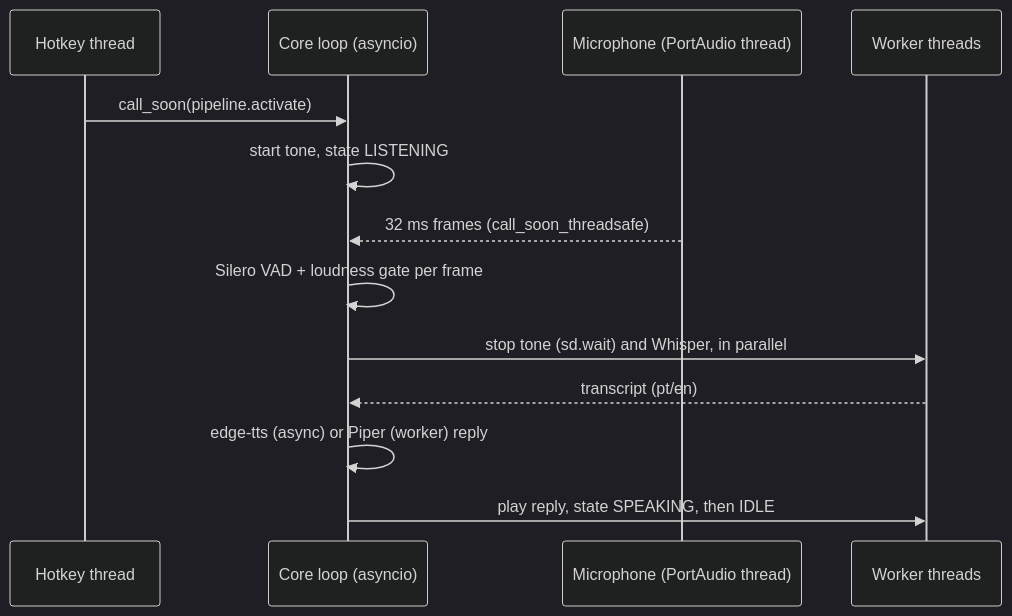
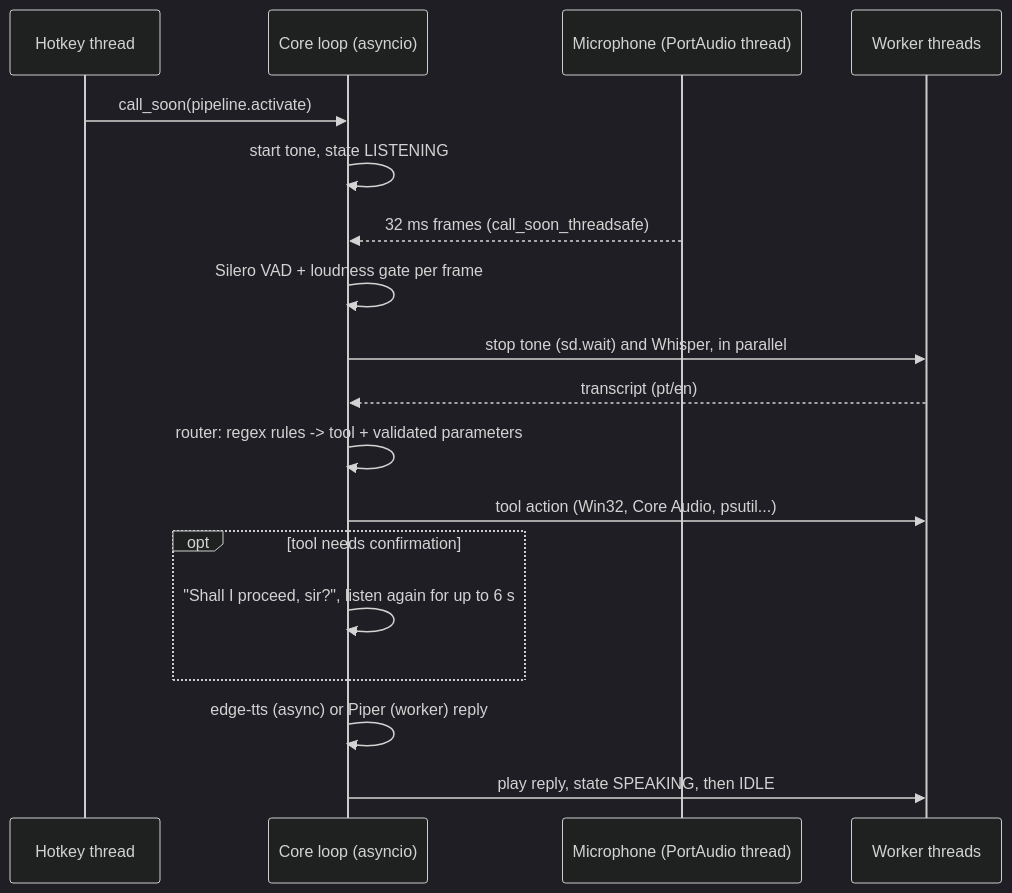
One commit to VitorCamprubi/jarvis changed the second of 3 diagrams in docs/ARCHITECTURE.md. Above: the diagram before and after it, drawn with Mermaid (dark theme). The commit also changed other lines of this file and 2 other files, not shown here.

Commit message:
docs: describe Phase 2 tools, router and confirmation

````diff
--- a/docs/ARCHITECTURE.md
+++ b/docs/ARCHITECTURE.md
@@ -44,15 +62,20 @@
 ```mermaid
 sequenceDiagram
     participant K as Hotkey thread
     participant L as Core loop (asyncio)
     participant M as Microphone (PortAudio thread)
     participant W as Worker threads
     K->>L: call_soon(pipeline.activate)
     L->>L: start tone, state LISTENING
     M-->>L: 32 ms frames (call_soon_threadsafe)
     L->>L: Silero VAD + loudness gate per frame
     L->>W: stop tone (sd.wait) and Whisper, in parallel
     W-->>L: transcript (pt/en)
+    L->>L: router: regex rules -> tool + validated parameters
+    L->>W: tool action (Win32, Core Audio, psutil...)
+    opt tool needs confirmation
+        L->>L: "Shall I proceed, sir?", listen again for up to 6 s
+    end
     L->>L: edge-tts (async) or Piper (worker) reply
     L->>W: play reply, state SPEAKING, then IDLE
 ```
````
